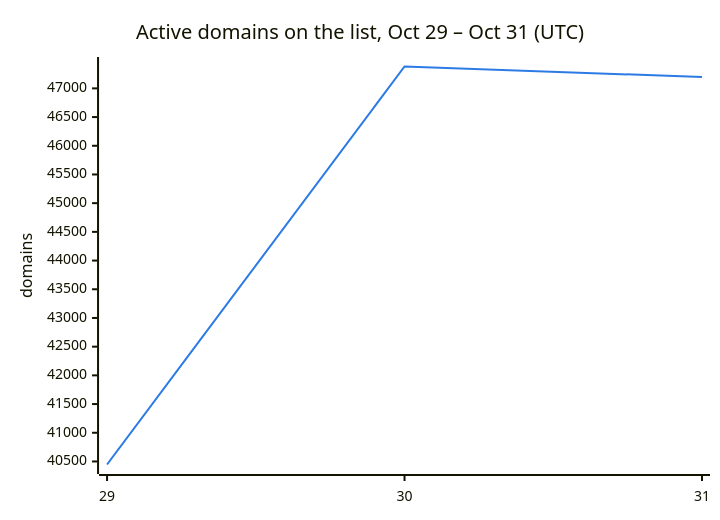
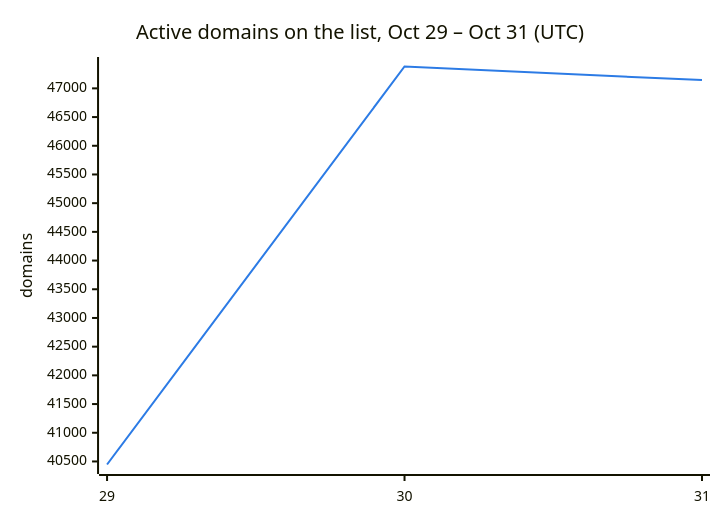
The second of 3 diagrams in README.md (DNSBunker/CTI), drawn with Mermaid before and after one commit. The commit also changed other lines of this file and 3 other files, not shown here.

````diff
--- a/README.md
+++ b/README.md
@@ -38,8 +38,8 @@
 ```mermaid
 %%{init: {"themeVariables": {"xyChart": {"plotColorPalette": "#2c7be5"}}}}%%
 xychart-beta
     title "Active domains on the list, Oct 29 – Oct 31 (UTC)"
     x-axis ["29", "30", "31"]
     y-axis "domains"
-    line [40447, 47381, 47198]
+    line [40447, 47381, 47144]
 ```
````
